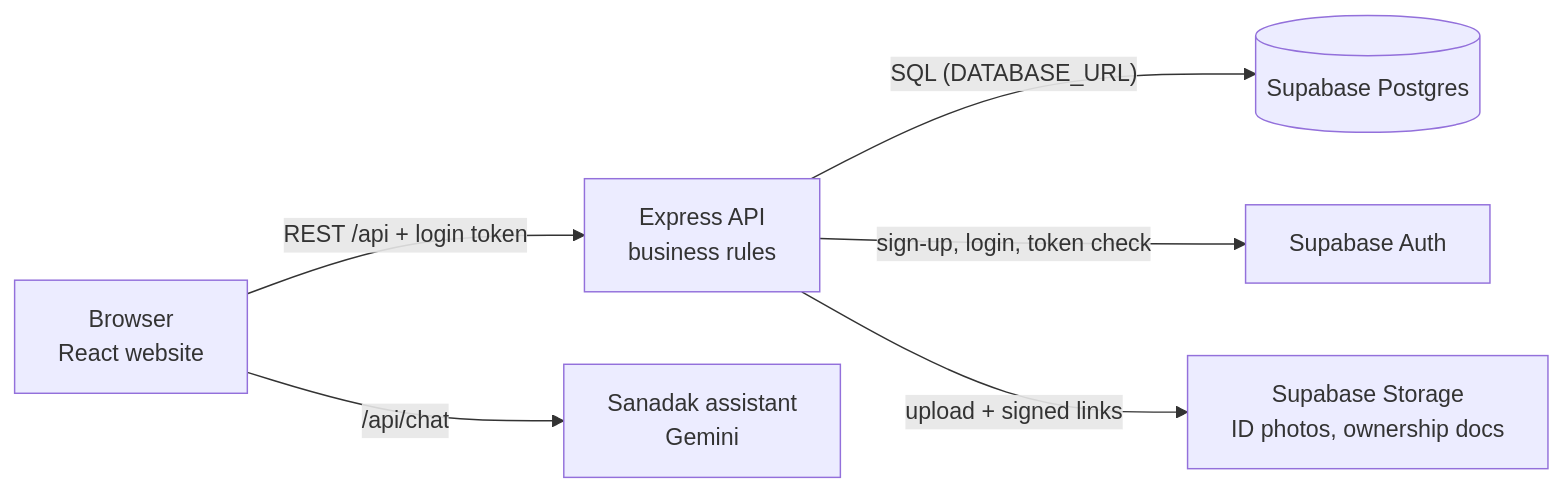
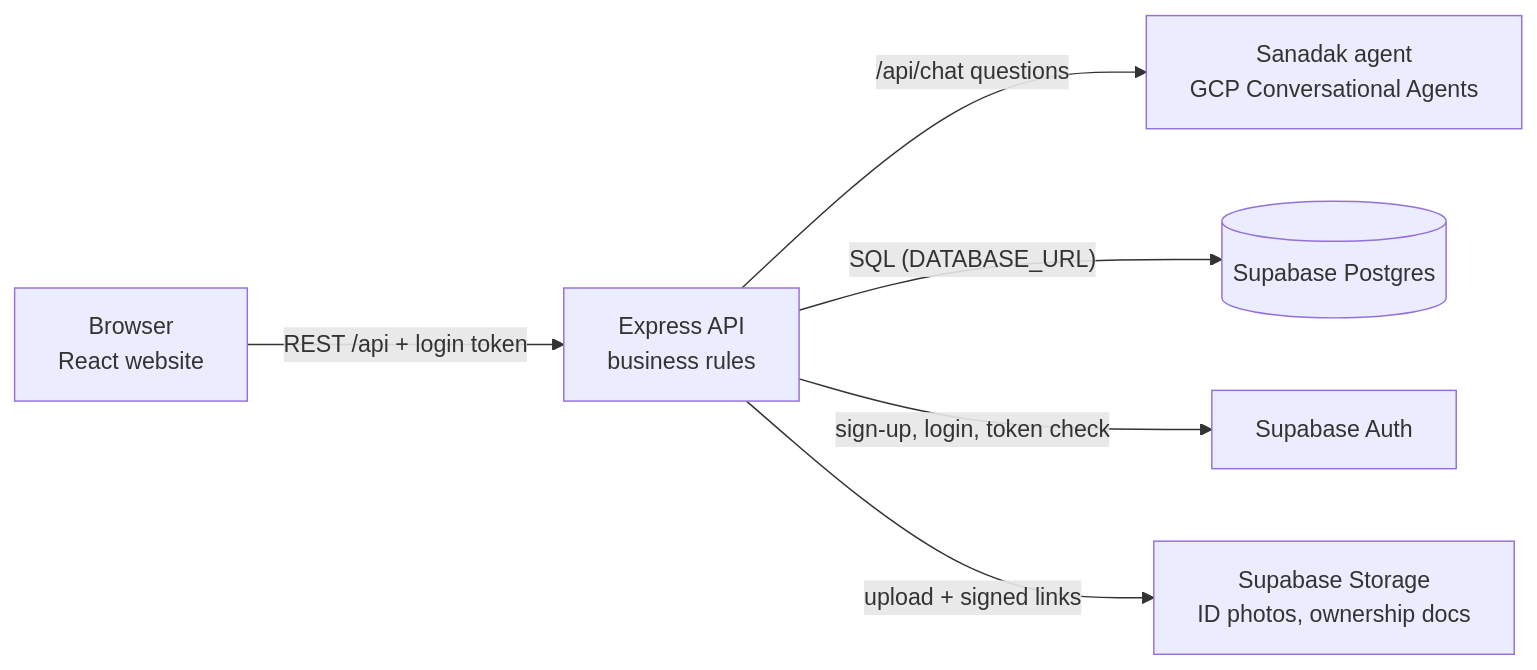
One commit to bashitii/numrati-client changed the diagram in README.md. Above: the diagram before and after it, drawn with Mermaid. The commit also changed other lines of this file and 8 other files, not shown here.

First line of the commit message:
Send Sanadak chats to the API instead of Gemini in the dev server

````diff
--- a/README.md
+++ b/README.md
@@ -49,8 +50,8 @@
 ```mermaid
 flowchart LR
   B[Browser<br/>React website] -- "REST /api + login token" --> S[Express API<br/>business rules]
-  B -- "/api/chat" --> A[Sanadak assistant<br/>Gemini]
+  S -- "/api/chat questions" --> A[Sanadak agent<br/>GCP Conversational Agents]
   S -- "SQL (DATABASE_URL)" --> D[(Supabase Postgres)]
   S -- "sign-up, login, token check" --> AU[Supabase Auth]
   S -- "upload + signed links" --> ST[Supabase Storage<br/>ID photos, ownership docs]
 ```
````
